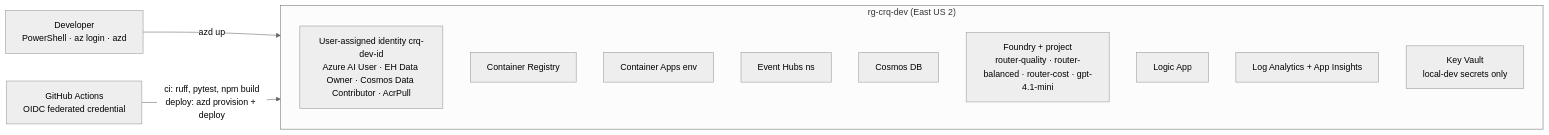
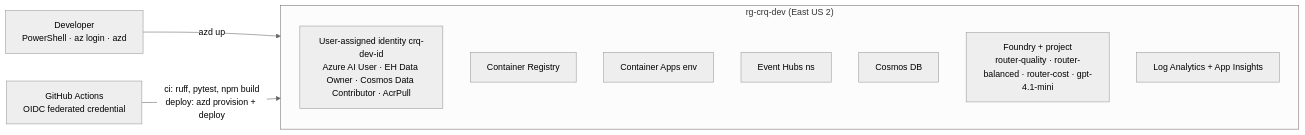
One commit to SwamiBB/control-room-iq changed the fourth of 4 diagrams in docs/ARCHITECTURE.md. Above: the diagram before and after it, drawn with Mermaid (neutral theme). The commit also changed other lines of this file and 4 other files, not shown here.

````diff
--- a/docs/ARCHITECTURE.md
+++ b/docs/ARCHITECTURE.md
@@ -160,16 +160,14 @@
 ```mermaid
 flowchart LR
     DEV[Developer<br/>PowerShell · az login · azd] -->|azd up| RG
     GH[GitHub Actions<br/>OIDC federated credential] -->|ci: ruff, pytest, npm build<br/>deploy: azd provision + deploy| RG
     subgraph RG["rg-crq-dev (East US 2)"]
         ID[User-assigned identity crq-dev-id<br/>Azure AI User · EH Data Owner · Cosmos Data Contributor · AcrPull]
         ACR[Container Registry]
         CAE[Container Apps env]
         EHNS[Event Hubs ns]
         COSM[Cosmos DB]
         FND[Foundry + project<br/>router-quality · router-balanced · router-cost · gpt-4.1-mini]
-        LAPP[Logic App]
         LOGS[Log Analytics + App Insights]
-        KV[Key Vault<br/>local-dev secrets only]
     end
 ```
````
